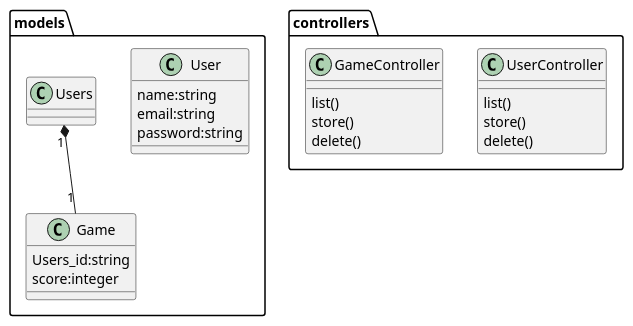
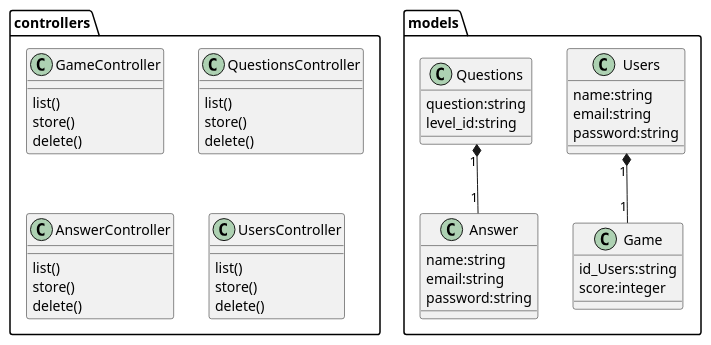
One commit to anthonymitac/ProjectGameQuestions2019 changed the diagram in plantuml.pu. Above: the diagram before and after it, drawn with PlantUML. The commit also changed 17 other files, not shown here.

```diff
--- a/plantuml.pu
+++ b/plantuml.pu
@@ -1,29 +1,54 @@
 @startuml
 
-class models.User{
+class models.Users{
 name:string
 email:string
 password:string
 }
 
+class models.Questions{
+question:string
+level_id:string
+}
+
 class models.Game{
-Users_id:string
+id_Users:string
 score:integer
+}
+class models.Answer{
+name:string
+email:string
+password:string
 }
 
 
+
 models.Users "1" *-- "1" models.Game
+models.Questions "1" *-- "1" models.Answer
 
-
-class controllers.UserController{
-list()
-store()
-delete()
-}
 class controllers.GameController{
 list()
 store()
 delete()
 }
 
+class controllers.QuestionsController{
+list()
+store()
+delete()
+}
+
+class controllers.AnswerController{
+list()
+store()
+delete()
+}
+
+
+class controllers.UsersController{
+list()
+store()
+delete()
+}
+
 @enduml
```
